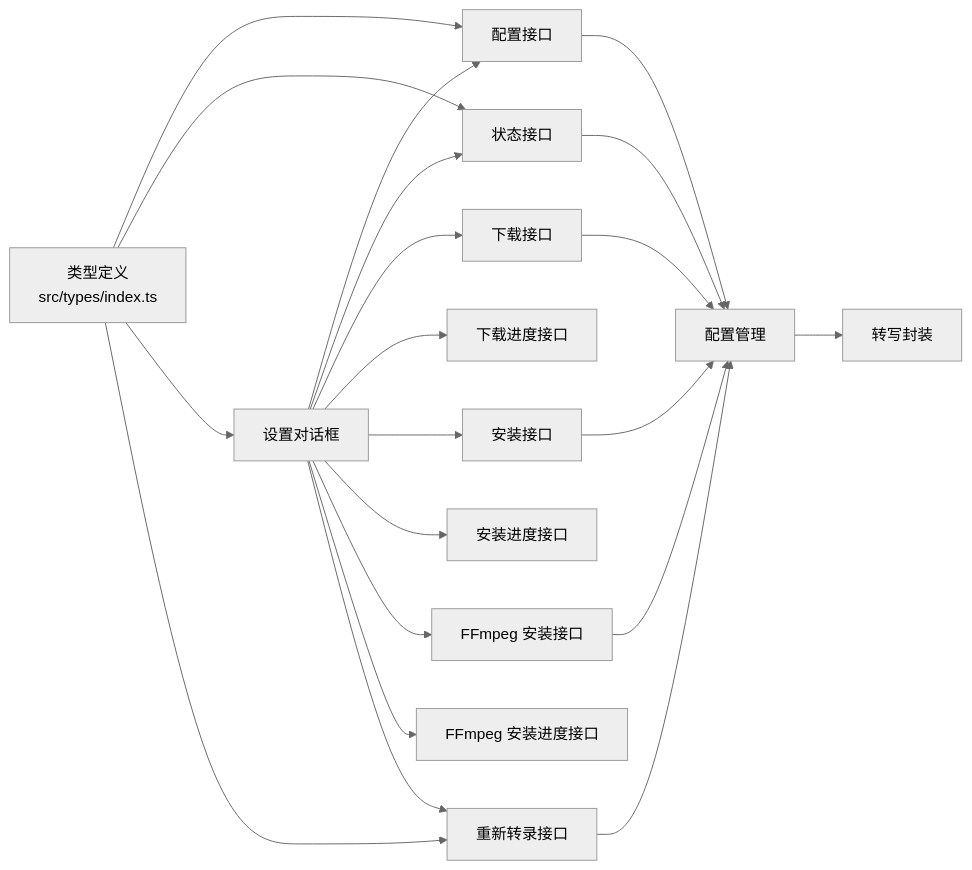
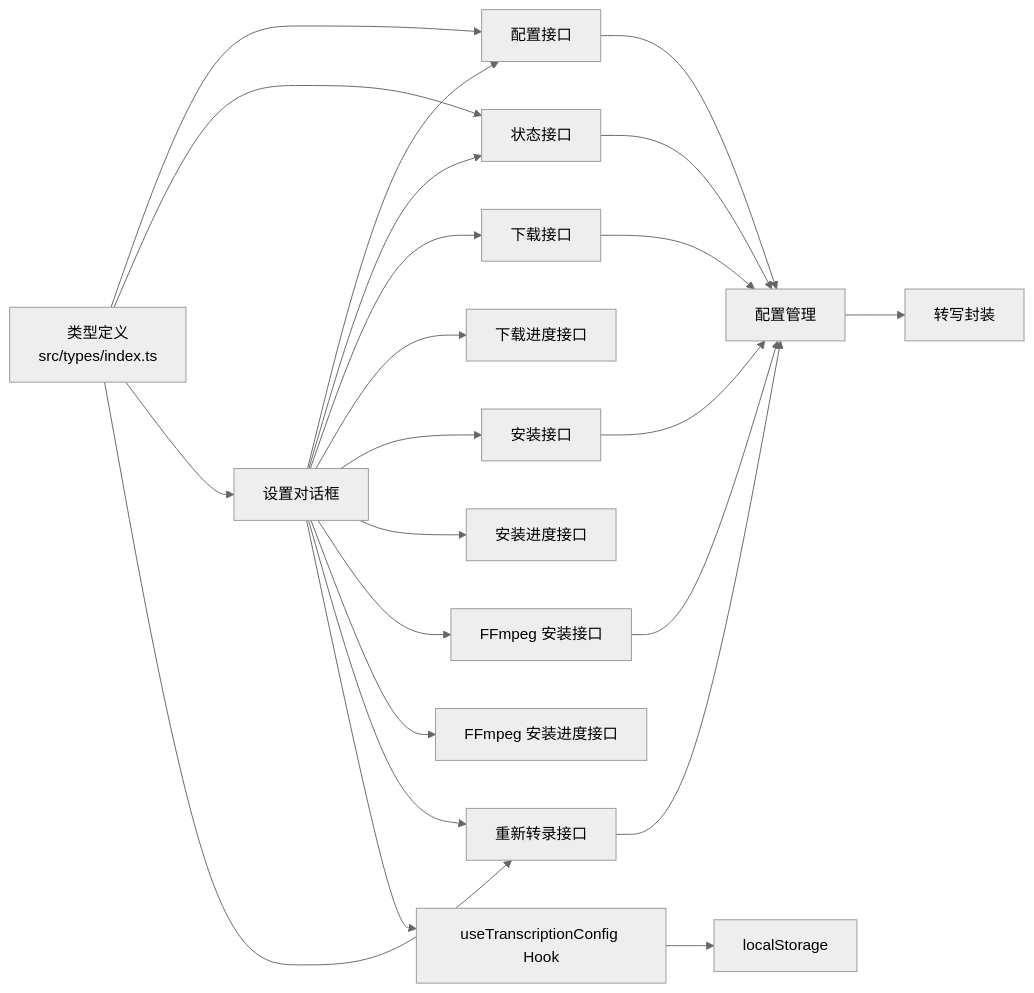
One commit to clawbotai/memo-flow changed diagram 11 of 11 in .qoder/repowiki/zh/content/核心功能模块/Whisper 配置管理.md. Above: the diagram before and after it, drawn with Mermaid (neutral theme). The commit also changed other lines of this file and 4 other files, not shown here.

````diff
--- a/.qoder/repowiki/zh/content/核心功能模块/Whisper 配置管理.md
+++ b/.qoder/repowiki/zh/content/核心功能模块/Whisper 配置管理.md
@@ -559,23 +523,25 @@
 ```mermaid
 graph LR
 Types["类型定义<br/>src/types/index.ts"] --> ConfigAPI["配置接口"]
 Types --> StatusAPI["状态接口"]
 Types --> Settings["设置对话框"]
 Types --> RetranscribeAPI["重新转录接口"]
 ConfigAPI --> ConfigLib["配置管理"]
 StatusAPI --> ConfigLib
 Settings --> ConfigAPI
 Settings --> StatusAPI
 Settings --> DownloadAPI["下载接口"]
 Settings --> ProgressAPI["下载进度接口"]
 Settings --> InstallAPI["安装接口"]
 Settings --> InstallProgressAPI["安装进度接口"]
 Settings --> FfmpegInstallAPI["FFmpeg 安装接口"]
 Settings --> FfmpegInstallProgressAPI["FFmpeg 安装进度接口"]
 Settings --> RetranscribeAPI
+Settings --> Hook["useTranscriptionConfig Hook"]
 ConfigLib --> WhisperLib["转写封装"]
 DownloadAPI --> ConfigLib
 InstallAPI --> ConfigLib
 FfmpegInstallAPI --> ConfigLib
 RetranscribeAPI --> ConfigLib
+Hook --> LocalStorage["localStorage"]
 ```
````
